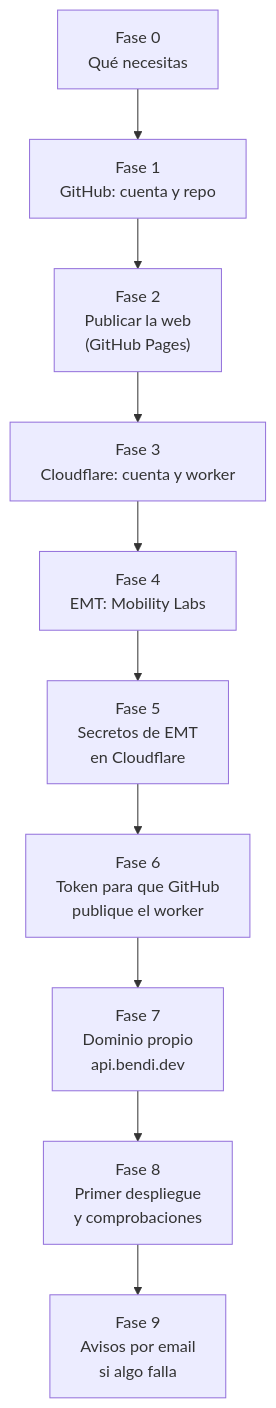
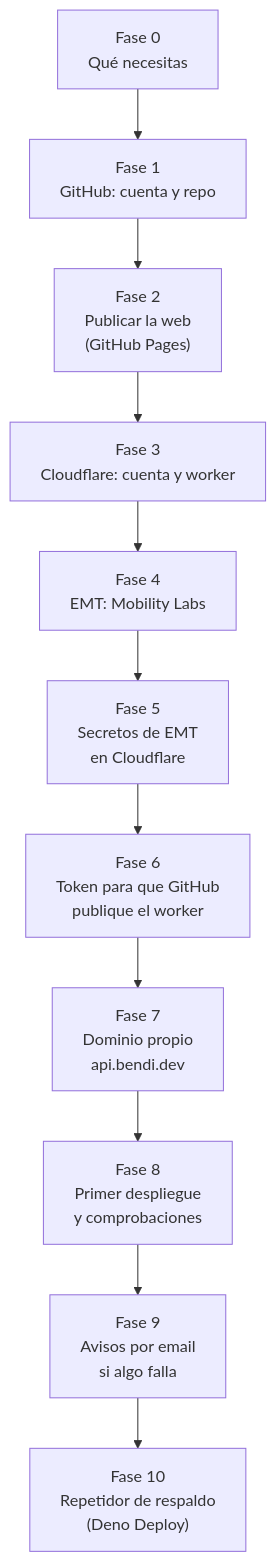
One commit to serbenda/marquesina changed the tenth of 17 diagrams in docs/GUIA.md. Above: the diagram before and after it, drawn with Mermaid. The commit also changed other lines of this file and 13 other files, not shown here.

````diff
--- a/docs/GUIA.md
+++ b/docs/GUIA.md
@@ -286,12 +373,13 @@
 ```mermaid
 flowchart TB
   F0["Fase 0<br/>Qué necesitas"] --> F1["Fase 1<br/>GitHub: cuenta y repo"]
   F1 --> F2["Fase 2<br/>Publicar la web<br/>(GitHub Pages)"]
   F2 --> F3["Fase 3<br/>Cloudflare: cuenta y worker"]
   F3 --> F4["Fase 4<br/>EMT: Mobility Labs"]
   F4 --> F5["Fase 5<br/>Secretos de EMT<br/>en Cloudflare"]
   F5 --> F6["Fase 6<br/>Token para que GitHub<br/>publique el worker"]
   F6 --> F7["Fase 7<br/>Dominio propio<br/>api.bendi.dev"]
   F7 --> F8["Fase 8<br/>Primer despliegue<br/>y comprobaciones"]
   F8 --> F9["Fase 9<br/>Avisos por email<br/>si algo falla"]
+  F9 --> F10["Fase 10<br/>Repetidor de respaldo<br/>(Deno Deploy)"]
 ```
````
